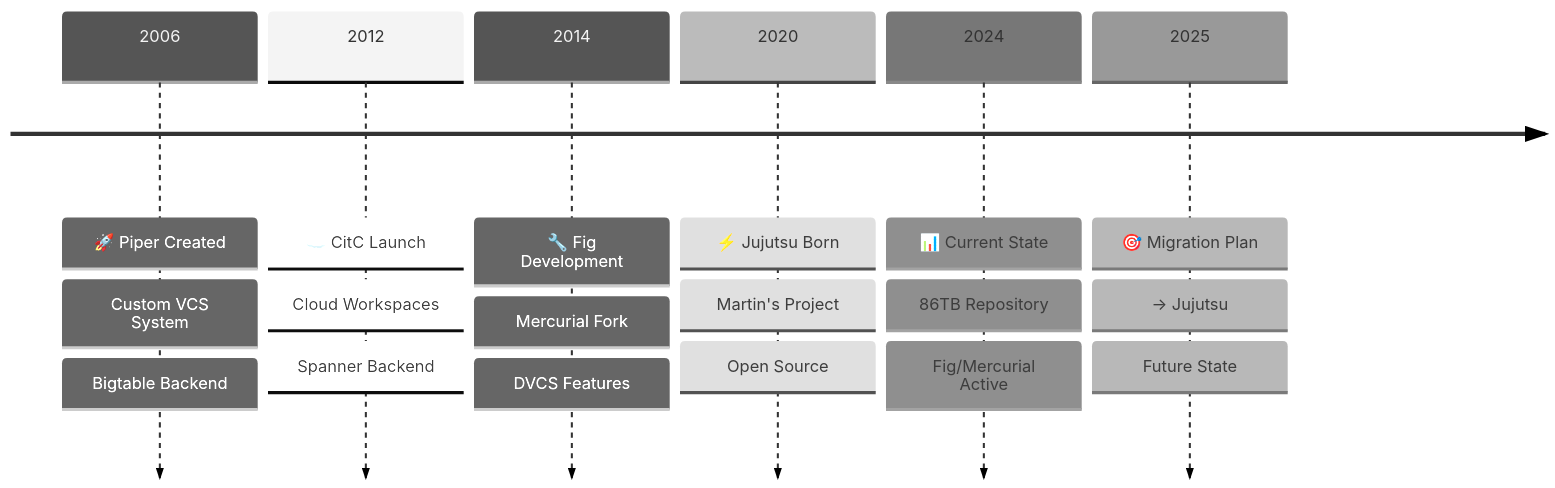
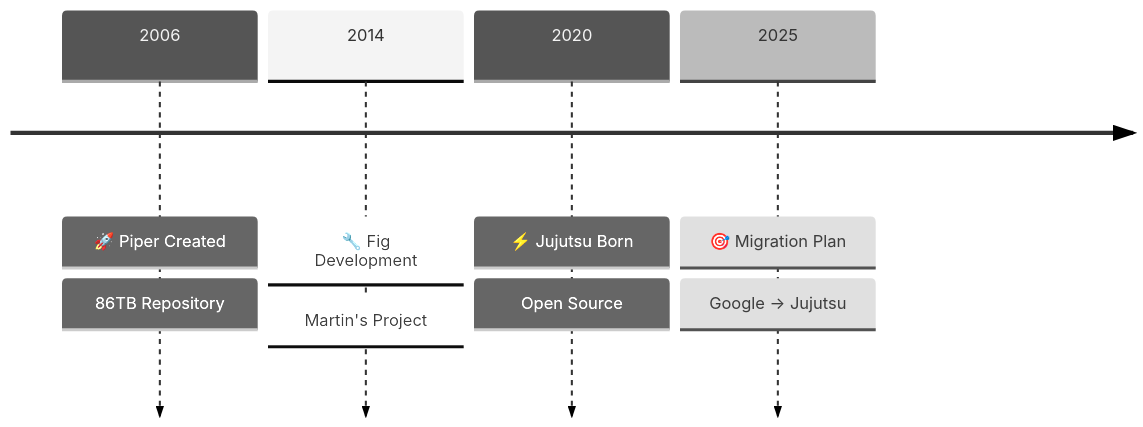
One commit to gunta/talks changed the diagram in talks/2025-07-22-gemini/slides.md. Above: the diagram before and after it, drawn with Mermaid (neutral theme). The commit also changed other lines of this file, not shown here.

````diff
--- a/talks/2025-07-22-gemini/slides.md
+++ b/talks/2025-07-22-gemini/slides.md
@@ -194,26 +236,14 @@
 ```mermaid
 timeline    
     2006 : 🚀 Piper Created
-         : Custom VCS System
-         : Bigtable Backend
-    
-    2012 : ☁️ CitC Launch
-         : Cloud Workspaces
-         : Spanner Backend
+         : 86TB Repository
     
     2014 : 🔧 Fig Development
-         : Mercurial Fork
-         : DVCS Features
+         : Martin's Project
     
     2020 : ⚡ Jujutsu Born
-         : Martin's Project
          : Open Source
     
-    2024 : 📊 Current State
-         : 86TB Repository
-         : Fig/Mercurial Active
-    
     2025 : 🎯 Migration Plan
-         : → Jujutsu
-         : Future State
+         : Google → Jujutsu
 ```
````
